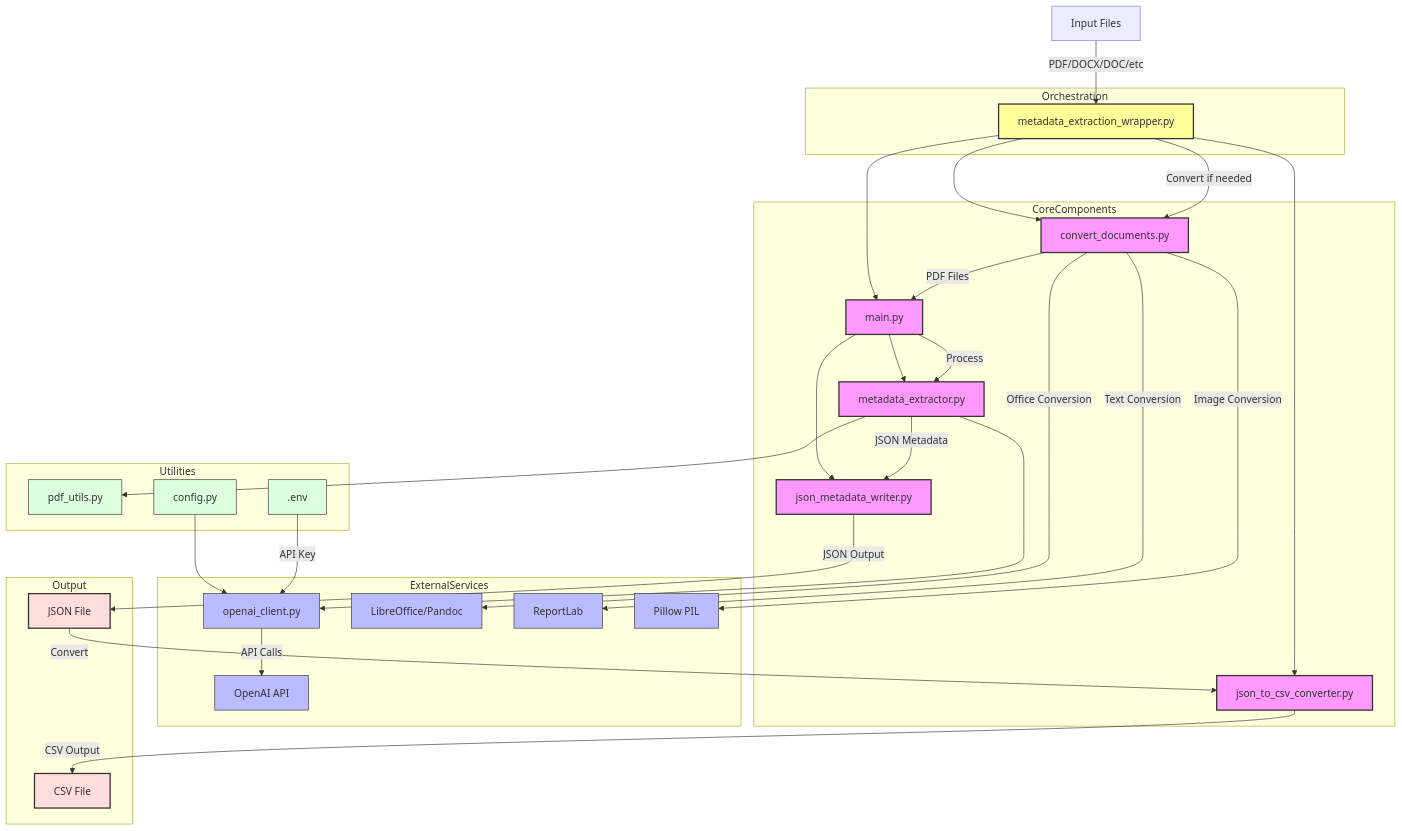
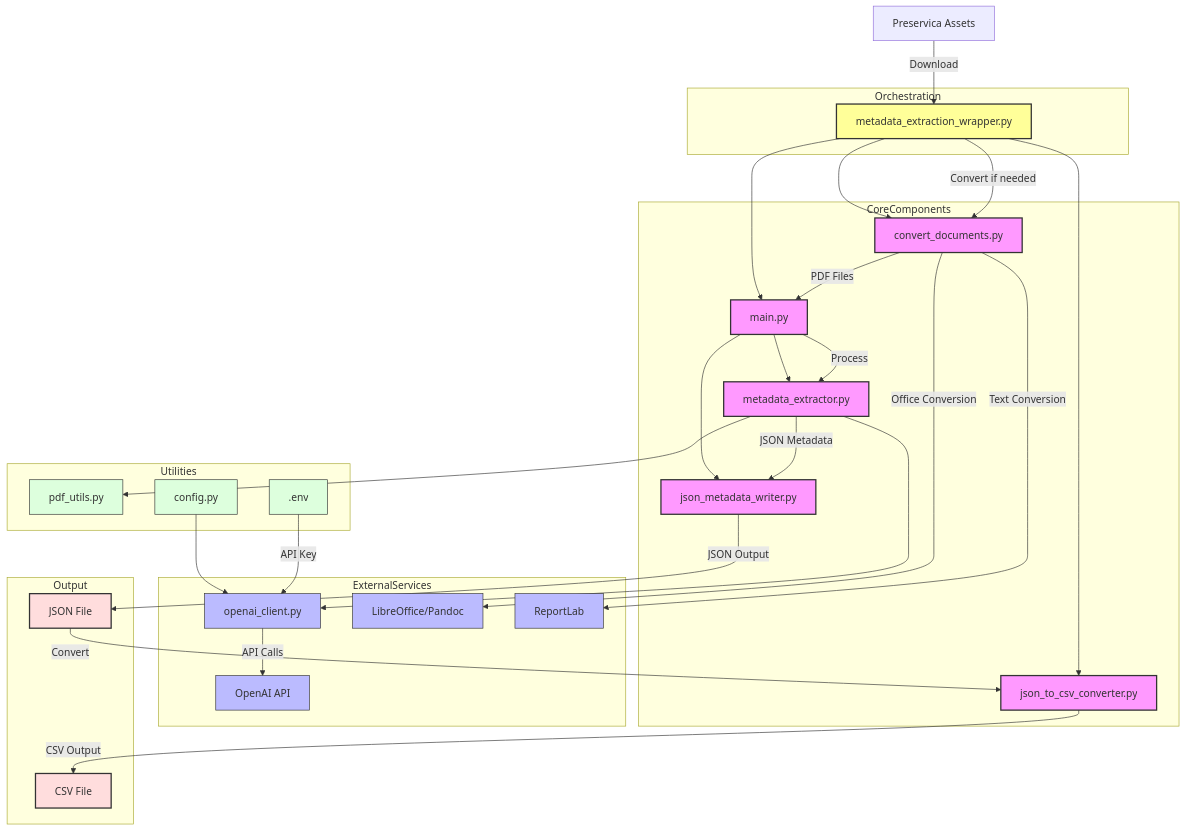
One commit to icaew-digital-archive/metadata-extraction changed the second of 2 diagrams in README.md. Above: the diagram before and after it, drawn with Mermaid. The commit also changed other lines of this file, not shown here.

````diff
--- a/README.md
+++ b/README.md
@@ -15,78 +36,76 @@
 ```mermaid
 graph TD
     %% Main Components
     Wrapper[metadata_extraction_wrapper.py] --> Main[main.py]
     Wrapper --> Converter[convert_documents.py]
     Wrapper --> JSONConverter[json_to_csv_converter.py]
     Main --> Extractor[metadata_extractor.py]
     Main --> JSONWriter[json_metadata_writer.py]
     
     %% Metadata Extractor Dependencies
     Extractor --> OpenAIClient[openai_client.py]
     Extractor --> PDFUtils[pdf_utils.py]
     
     %% Configuration and Environment
     Config[config.py] --> OpenAIClient
     Env[.env] -->|API Key| OpenAIClient
     
     %% Data Flow
-    InputFiles[Input Files] -->|PDF/DOCX/DOC/etc| Wrapper
+    PreservicaAssets[Preservica Assets] -->|Download| Wrapper
     Wrapper -->|Convert if needed| Converter
     Converter -->|PDF Files| Main
     Main -->|Process| Extractor
     Extractor -->|JSON Metadata| JSONWriter
     JSONWriter -->|JSON Output| JSONFile[JSON File]
     JSONFile -->|Convert| JSONConverter
     JSONConverter -->|CSV Output| CSVFile[CSV File]
     
     %% External Services
     OpenAIClient -->|API Calls| OpenAI[OpenAI API]
     Converter -->|Office Conversion| LibreOffice[LibreOffice/Pandoc]
     Converter -->|Text Conversion| ReportLab[ReportLab]
-    Converter -->|Image Conversion| Pillow[Pillow PIL]
     
     %% Component Details
     subgraph Orchestration
         Wrapper
     end
     
     subgraph CoreComponents
         Main
         Extractor
         JSONWriter
         Converter
         JSONConverter
     end
     
     subgraph ExternalServices
         OpenAIClient
         OpenAI
         LibreOffice
         ReportLab
-        Pillow
     end
     
     subgraph Utilities
         PDFUtils
         Config
         Env
     end
     
     subgraph Output
         JSONFile
         CSVFile
     end
     
     %% Styling
     classDef primary fill:#f9f,stroke:#333,stroke-width:2px
     classDef secondary fill:#bbf,stroke:#333,stroke-width:1px
     classDef utility fill:#dfd,stroke:#333,stroke-width:1px
     classDef wrapper fill:#ff9,stroke:#333,stroke-width:2px
     classDef output fill:#fdd,stroke:#333,stroke-width:2px
     
     class Wrapper wrapper
     class Main,Extractor,JSONWriter,Converter,JSONConverter primary
-    class OpenAIClient,OpenAI,LibreOffice,ReportLab,Pillow secondary
+    class OpenAIClient,OpenAI,LibreOffice,ReportLab secondary
     class PDFUtils,Config,Env utility
     class JSONFile,CSVFile output
 ```
````
